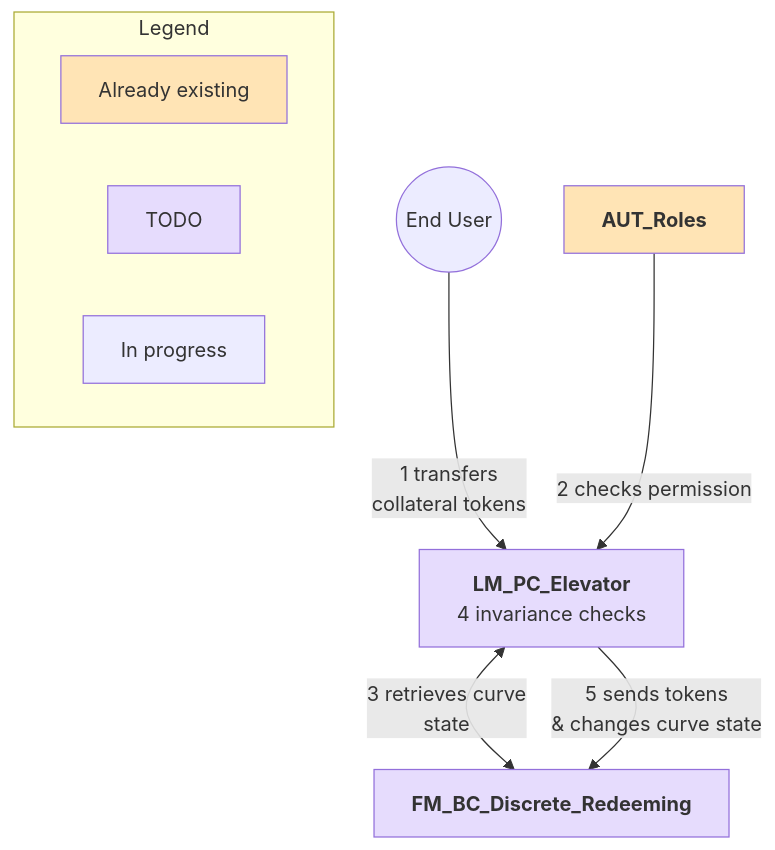
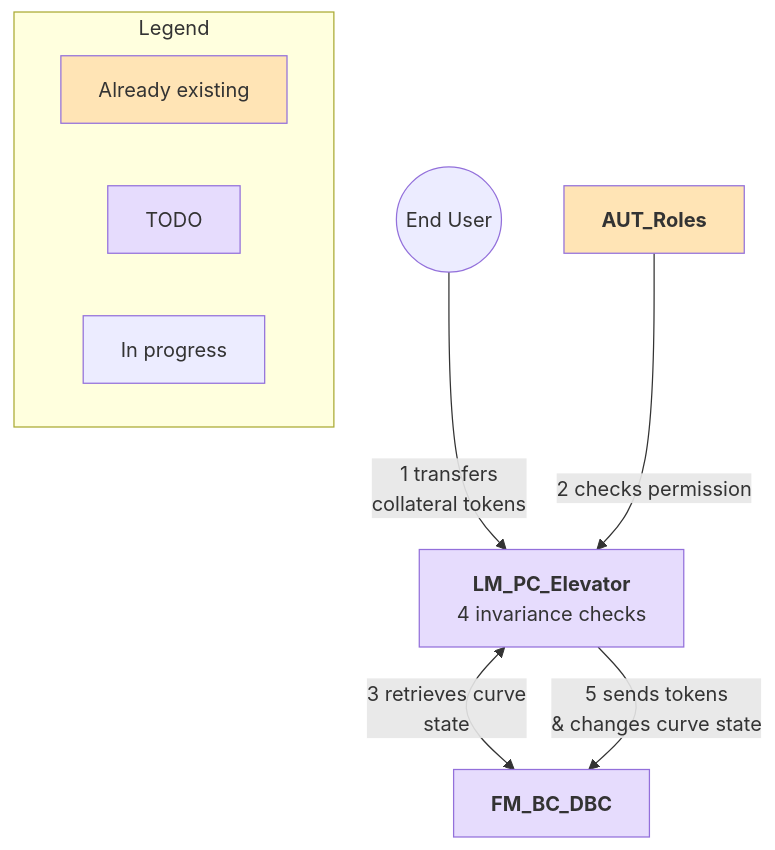
Before and after one commit to InverterNetwork/contracts: the seventh of 7 diagrams in Specs.md, drawn with Mermaid. The commit also changed other lines of this file, not shown here.

Commit message:
specs: main workflow context diagram

````diff
--- a/Specs.md
+++ b/Specs.md
@@ -329,38 +312,38 @@
 ```mermaid
 %%{init: {'flowchart': {'curve': 'basis', 'width': 1200, 'nodeSpacing': 50, 'rankSpacing': 50}} }%%
 flowchart TD
     %% Node Definitions
     %% ---------------
     %% Core Modules
-    FM["<strong>FM_BC_Discrete_Redeeming</strong>"]
+    FM_BC_DBC["<strong>FM_BC_DBC</strong>"]
     LM_PC_EL["<strong>LM_PC_Elevator</strong><br>4 invariance checks"]
     AUT["<strong>AUT_Roles</strong>"]
 
     %% Actors
     User(("End User"))
 
     %% Legend Definition
     %% ----------------
     subgraph Legend
         direction LR
         Existing["Already existing"]
         Todo["TODO"]
         Prog["In progress"]
     end
 
     %% Styling
     %% -------
     classDef ex fill:#FFE4B5
     classDef todo fill:#E6DCFD
     classDef prog fill:#F2F4C8
     class Existing,AUT,PP ex
-    class Todo,FM,LM_PC_FP,LM_PC_CF,LM_PC_EL,AUX_1,AUX_2 todo
+    class Todo,FM_BC_DBC,LM_PC_FP,LM_PC_CF,LM_PC_EL,AUX_1,AUX_2 todo
 
     %% Relationships
     %% ------------
     %% User Actions
     User --> |1 transfers<br>collateral tokens| LM_PC_EL
     AUT --> |2 checks permission| LM_PC_EL
-    LM_PC_EL <--> |3 retrieves curve<br>state| FM
-    LM_PC_EL --> |5 sends tokens<br> & changes curve state| FM
+    LM_PC_EL <--> |3 retrieves curve<br>state| FM_BC_DBC
+    LM_PC_EL --> |5 sends tokens<br> & changes curve state| FM_BC_DBC
 ```
````
